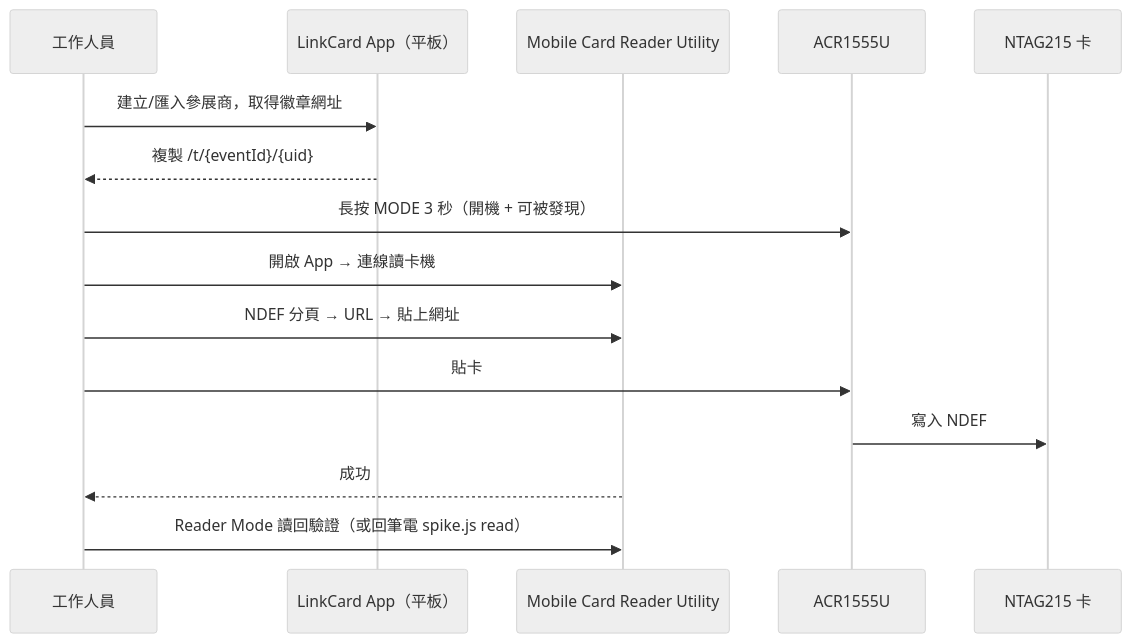
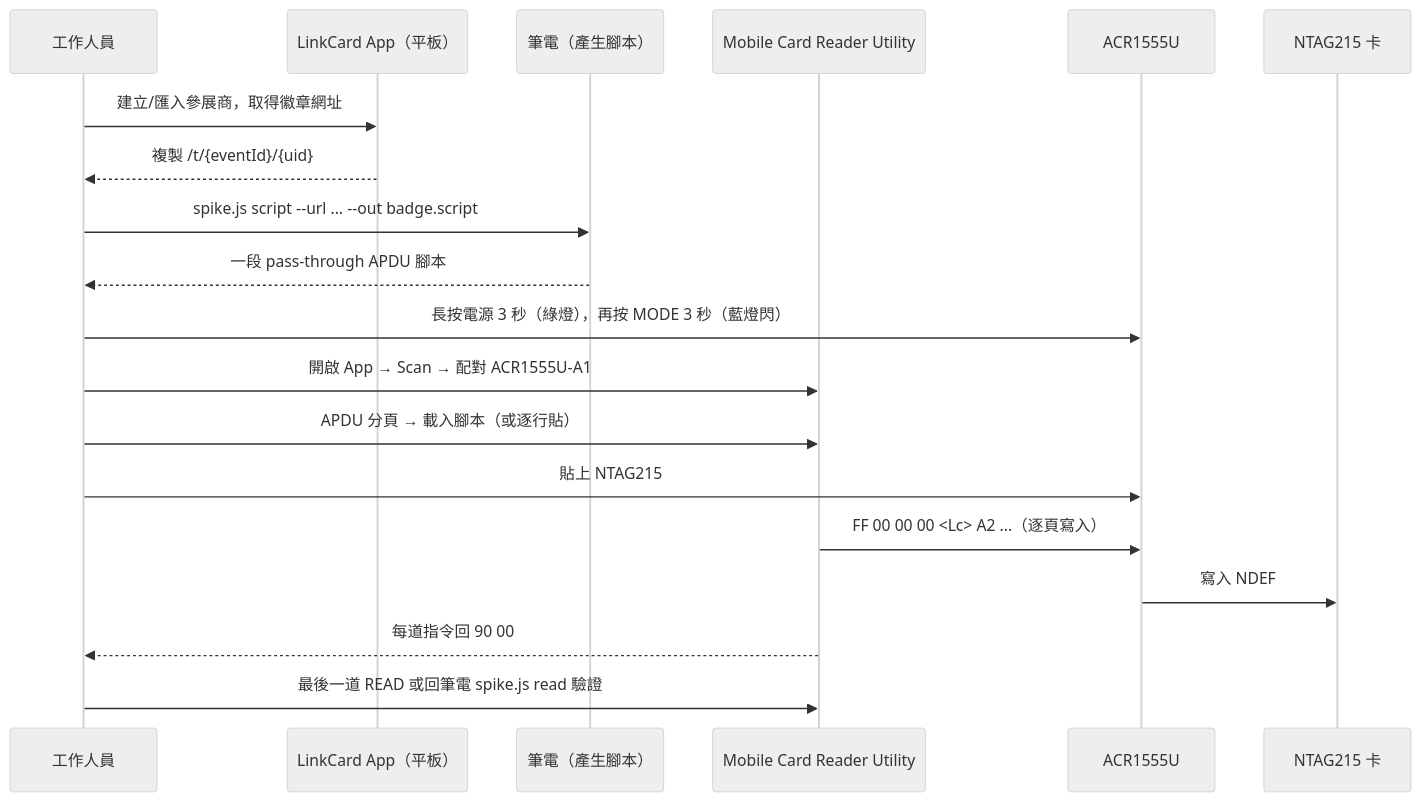
Before and after one commit to Chonwai/NFC_LinkCard_Event_Admin_App_Expo: the second of 2 diagrams in docs/research/19-writing-badges-from-nfc-less-tablets.md, drawn with Mermaid (neutral theme). The commit also changed other lines of this file, not shown here.

First line of the commit message:
docs(research): correct doc 19 where the vendor NDEF tab was misread

````diff
--- a/docs/research/19-writing-badges-from-nfc-less-tablets.md
+++ b/docs/research/19-writing-badges-from-nfc-less-tablets.md
@@ -92,18 +129,22 @@
 ```mermaid
 sequenceDiagram
   participant O as 工作人員
   participant L as LinkCard App（平板）
+  participant P as 筆電（產生腳本）
   participant A as Mobile Card Reader Utility
   participant R as ACR1555U
   participant T as NTAG215 卡
 
   O->>L: 建立/匯入參展商，取得徽章網址
   L-->>O: 複製 /t/{eventId}/{uid}
-  O->>R: 長按 MODE 3 秒（開機 + 可被發現）
-  O->>A: 開啟 App → 連線讀卡機
-  O->>A: NDEF 分頁 → URL → 貼上網址
-  O->>R: 貼卡
+  O->>P: spike.js script --url ... --out badge.script
+  P-->>O: 一段 pass-through APDU 腳本
+  O->>R: 長按電源 3 秒（綠燈），再按 MODE 3 秒（藍燈閃）
+  O->>A: 開啟 App → Scan → 配對 ACR1555U-A1
+  O->>A: APDU 分頁 → 載入腳本（或逐行貼）
+  O->>R: 貼上 NTAG215
+  A->>R: FF 00 00 00 <Lc> A2 ...（逐頁寫入）
   R->>T: 寫入 NDEF
-  A-->>O: 成功
-  O->>A: Reader Mode 讀回驗證（或回筆電 spike.js read）
+  A-->>O: 每道指令回 90 00
+  O->>A: 最後一道 READ 或回筆電 spike.js read 驗證
 ```
````
